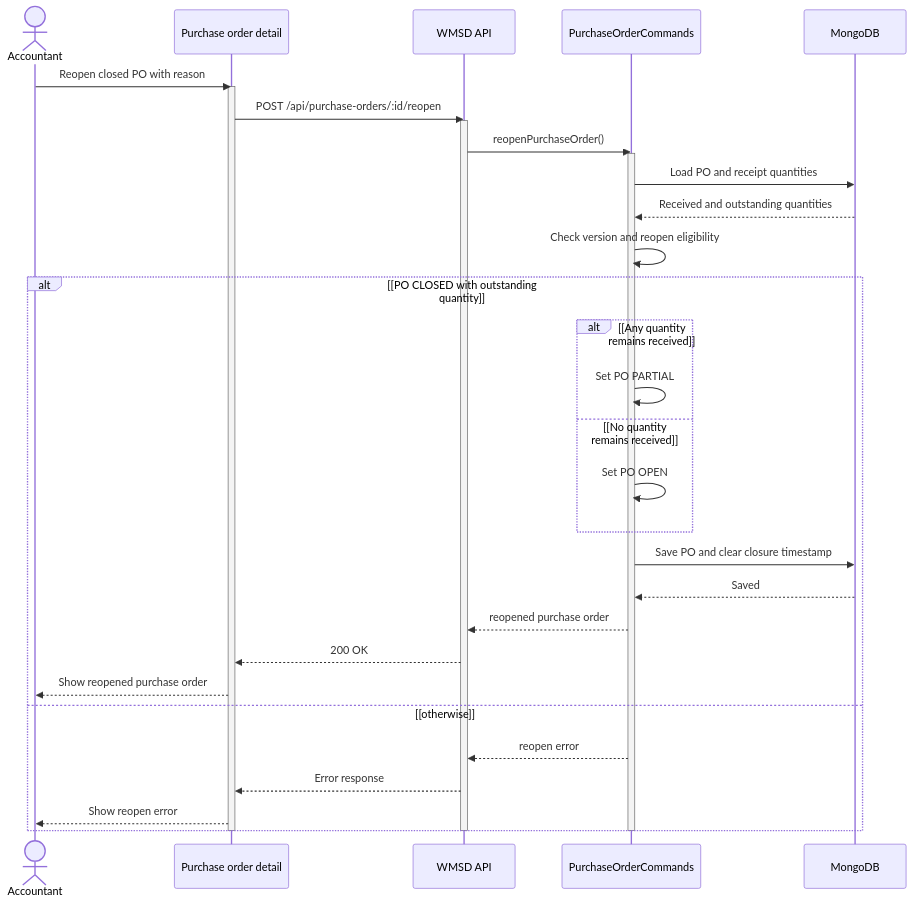
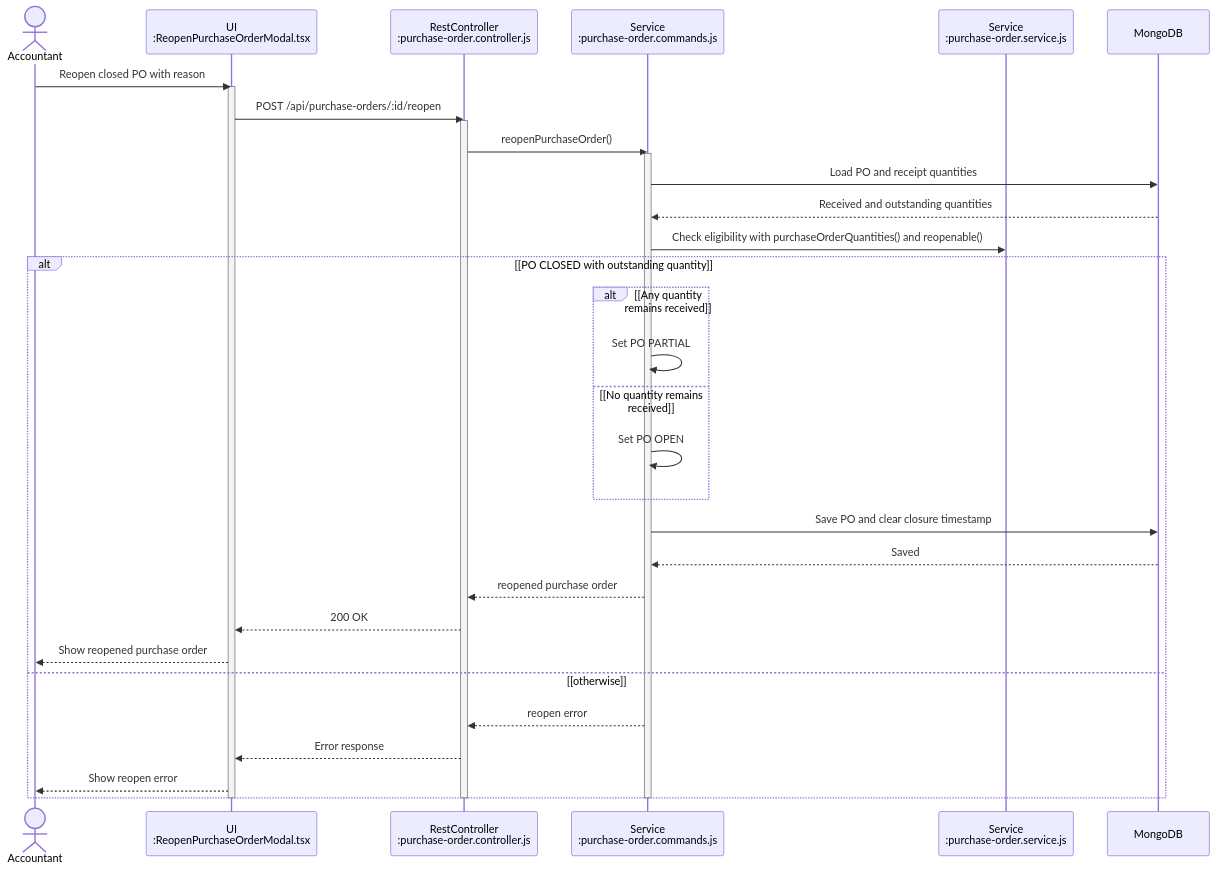
One commit to bupbalabup/wmsd_be changed diagram 14 of 46 in git_doc/docs/01_bao_cao/WMSD_Report4_Draft.md. Above: the diagram before and after it, drawn with Mermaid. The commit also changed other lines of this file and 80 other files, not shown here.

First line of the commit message:
feat(purchase): implement core purchase functionalities and validation schemas

````diff
--- a/git_doc/docs/01_bao_cao/WMSD_Report4_Draft.md
+++ b/git_doc/docs/01_bao_cao/WMSD_Report4_Draft.md
@@ -1019,36 +1016,37 @@
 ```mermaid
 sequenceDiagram
   actor X as Accountant
-  participant U as Purchase order detail
-  participant A as WMSD API
-  participant S as PurchaseOrderCommands
+  participant U as UI<br/>:ReopenPurchaseOrderModal.tsx
+  participant A as RestController<br/>:purchase-order.controller.js
+  participant S as Service<br/>:purchase-order.commands.js
+  participant T as Service<br/>:purchase-order.service.js
   participant D as MongoDB
   X->>U: Reopen closed PO with reason
   activate U
   U->>A: POST /api/purchase-orders/:id/reopen
   activate A
   A->>S: reopenPurchaseOrder()
   activate S
   S->>D: Load PO and receipt quantities
   D-->>S: Received and outstanding quantities
-  S->>S: Check version and reopen eligibility
+  S->>T: Check eligibility with purchaseOrderQuantities() and reopenable()
   alt [PO CLOSED with outstanding quantity]
     alt [Any quantity remains received]
       S->>S: Set PO PARTIAL
     else [No quantity remains received]
       S->>S: Set PO OPEN
     end
     S->>D: Save PO and clear closure timestamp
     D-->>S: Saved
     S-->>A: reopened purchase order
     A-->>U: 200 OK
     U-->>X: Show reopened purchase order
   else [otherwise]
     S-->>A: reopen error
     A-->>U: Error response
     U-->>X: Show reopen error
   end
   deactivate S
   deactivate A
   deactivate U
 ```
````
